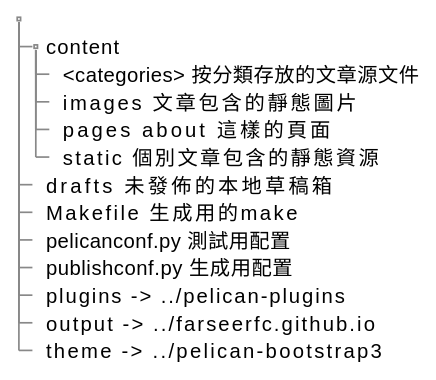
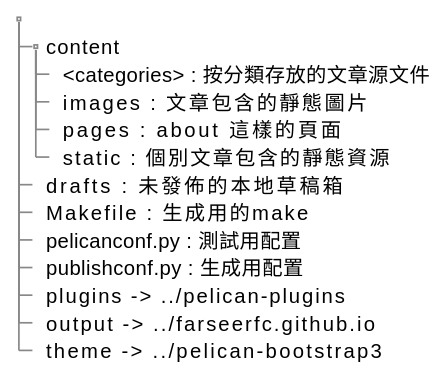
One commit to farseerfc/farseerfc changed the diagram in drafts/redesign-pelican-theme.zh.rst. Above: the diagram before and after it, drawn with PlantUML. The commit also changed other lines of this file and 10 other files, not shown here.

```diff
--- a/drafts/redesign-pelican-theme.zh.rst
+++ b/drafts/redesign-pelican-theme.zh.rst
@@ -81,20 +81,20 @@
     .. uml::
 
         salt
         {
         {T
         +.
         ++ content        
-        +++ <categories>  按分類存放的文章源文件
-        +++ images        文章包含的靜態圖片
-        +++ pages         about 這樣的頁面
-        +++ static        個別文章包含的靜態資源
-        ++ drafts         未發佈的本地草稿箱
-        ++ Makefile       生成用的make
-        ++ pelicanconf.py 測試用配置 
-        ++ publishconf.py 生成用配置
+        +++ <categories>  : 按分類存放的文章源文件
+        +++ images        : 文章包含的靜態圖片
+        +++ pages         : about 這樣的頁面
+        +++ static        : 個別文章包含的靜態資源
+        ++ drafts         : 未發佈的本地草稿箱
+        ++ Makefile       : 生成用的make
+        ++ pelicanconf.py : 測試用配置 
+        ++ publishconf.py : 生成用配置
         ++ plugins        -> ../pelican-plugins
         ++ output         -> ../farseerfc.github.io
         ++ theme          -> ../pelican-bootstrap3
         }
         }
```
